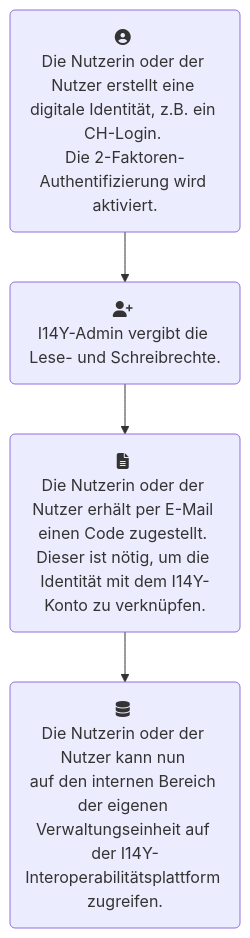
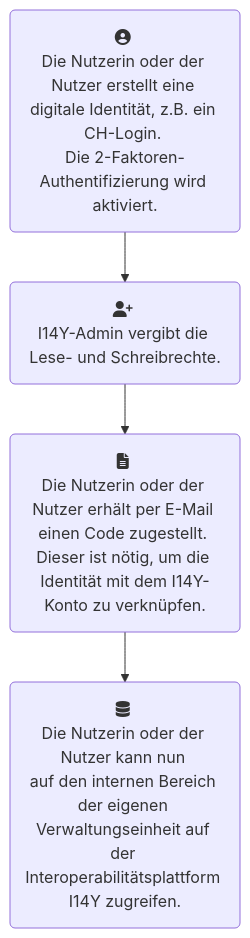
One commit to I14Y-ch/handbook changed the diagram in content/de/plattform/kontenverwaltung.md. Above: the diagram before and after it, drawn with Mermaid. The commit also changed other lines of this file and 49 other files, not shown here.

````diff
--- a/content/de/plattform/kontenverwaltung.md
+++ b/content/de/plattform/kontenverwaltung.md
@@ -20,11 +20,11 @@
 ```mermaid
 flowchart TD
     user(fa:fa-user-circle \nDie Nutzerin oder der Nutzer erstellt eine digitale Identität, z.B. ein CH-Login. \nDie 2-Faktoren-Authentifizierung wird aktiviert.)
     account(fa:fa-user-plus \nI14Y-Admin vergibt die Lese- und Schreibrechte.)
     code(fa:fa-file-text \nDie Nutzerin oder der Nutzer erhält per E-Mail einen Code zugestellt. \nDieser ist nötig, um die Identität mit dem I14Y-Konto zu verknüpfen.)
-    i14y(fa:fa-database \nDie Nutzerin oder der Nutzer kann nun \nauf den internen Bereich der eigenen Verwaltungseinheit auf der I14Y-Interoperabilitätsplattform zugreifen.)
+    i14y(fa:fa-database \nDie Nutzerin oder der Nutzer kann nun \nauf den internen Bereich der eigenen Verwaltungseinheit auf der Interoperabilitätsplattform I14Y zugreifen.)
 
 user-->account
 account-->code
 code-->i14y
 ```
````
